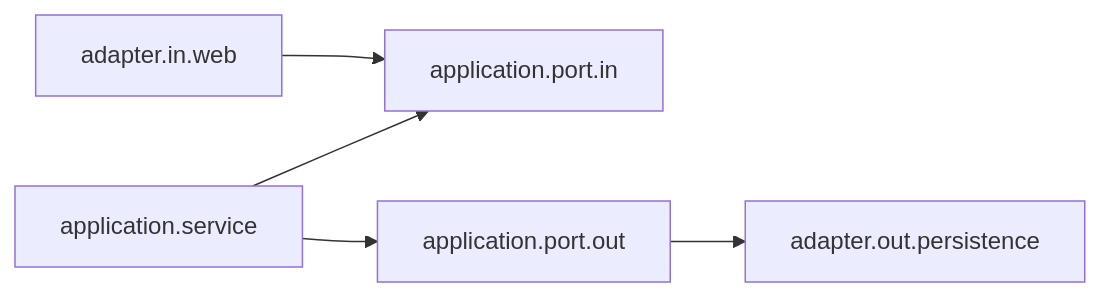
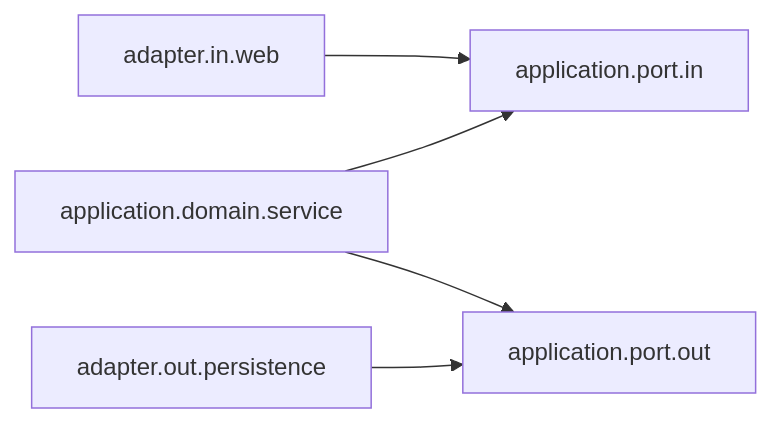
One commit to ch3224bin/mud-mk1 changed the first of 2 diagrams in game-server/README.md. Above: the diagram before and after it, drawn with Mermaid. The commit also changed other lines of this file, not shown here.

````diff
--- a/game-server/README.md
+++ b/game-server/README.md
@@ -5,7 +5,7 @@
 ```mermaid
 graph LR;
   adapter.in.web --> application.port.in;
-  application.service --> application.port.in;
-  application.service --> application.port.out;
-  application.port.out --> adapter.out.persistence;
+  application.domain.service --> application.port.in;
+  application.domain.service --> application.port.out;
+  adapter.out.persistence --> application.port.out;
 ```
````
